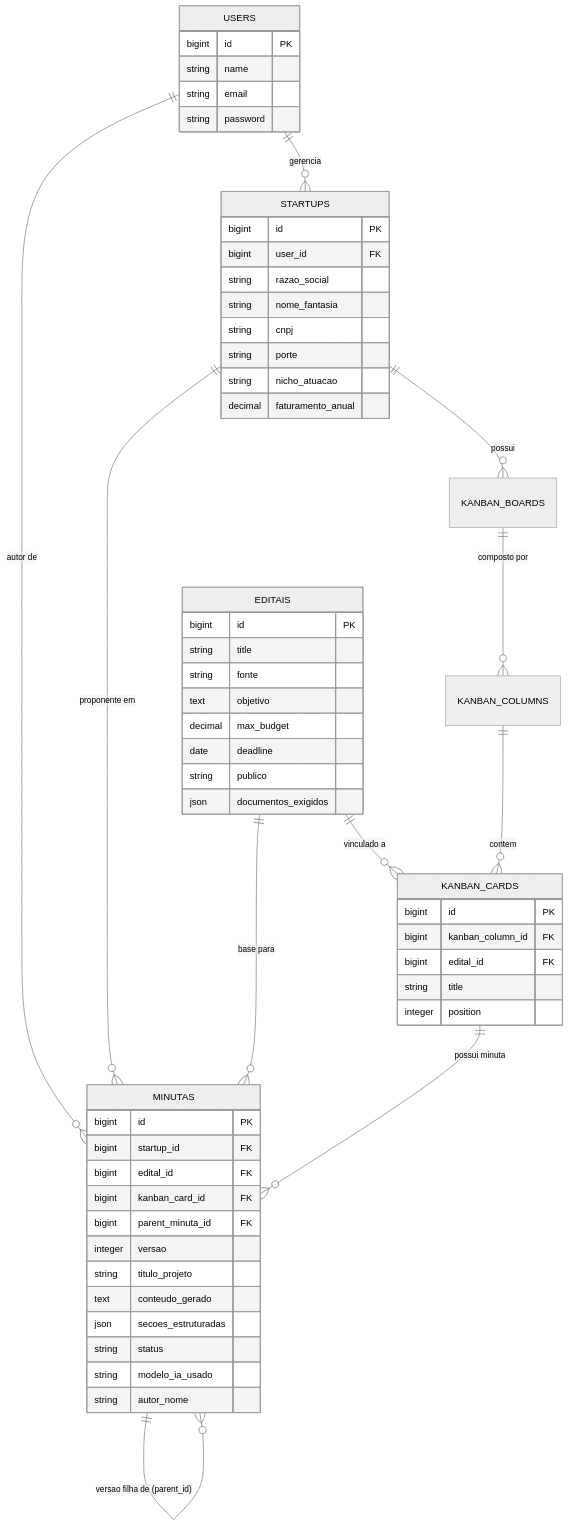
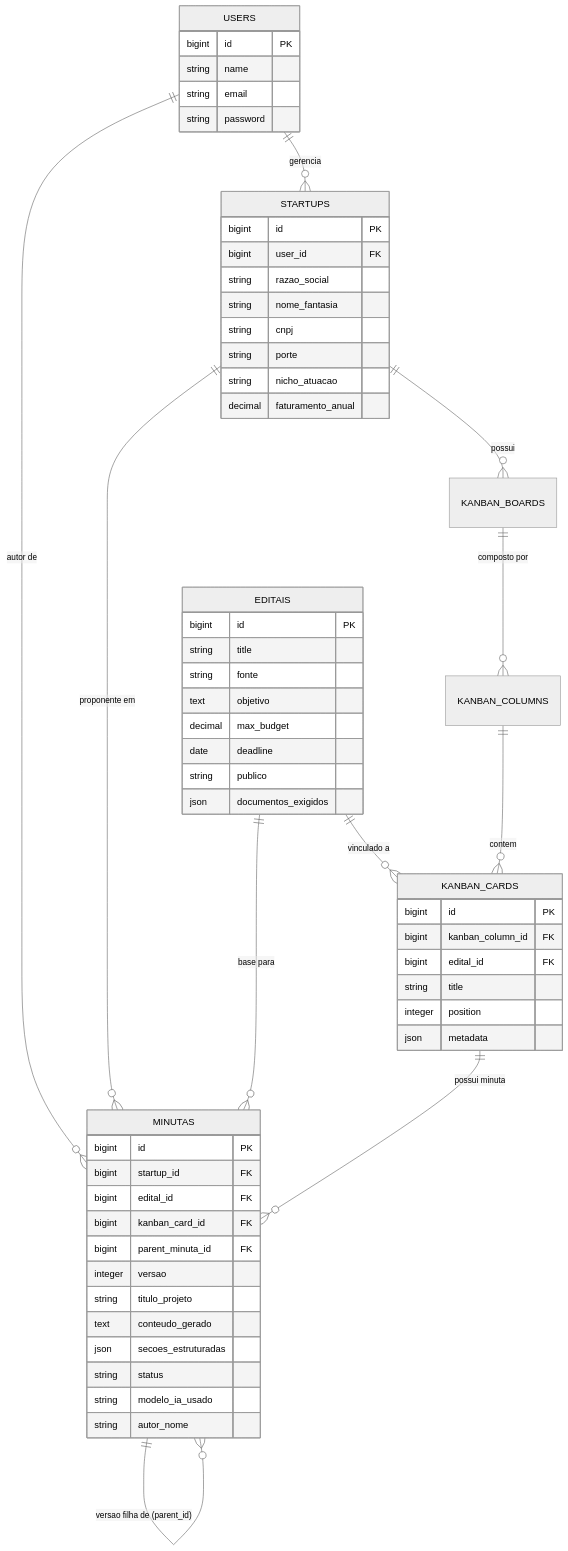
Before and after one commit to RobertoYz/PROJETO-ESCOLA-TI-: the first of 2 diagrams in Documentação/Documentos Importantes/MANUAL_DE_ESTUDO_BANCA.md, drawn with Mermaid (neutral theme). The commit also changed other lines of this file, not shown here.

````diff
--- a/Documentação/Documentos Importantes/MANUAL_DE_ESTUDO_BANCA.md
+++ b/Documentação/Documentos Importantes/MANUAL_DE_ESTUDO_BANCA.md
@@ -123,65 +124,66 @@
 ```mermaid
 erDiagram
     USERS ||--o{ STARTUPS : "gerencia"
     USERS ||--o{ MINUTAS : "autor de"
     STARTUPS ||--o{ KANBAN_BOARDS : "possui"
     STARTUPS ||--o{ MINUTAS : "proponente em"
     EDITAIS ||--o{ KANBAN_CARDS : "vinculado a"
     EDITAIS ||--o{ MINUTAS : "base para"
     KANBAN_BOARDS ||--o{ KANBAN_COLUMNS : "composto por"
     KANBAN_COLUMNS ||--o{ KANBAN_CARDS : "contem"
     KANBAN_CARDS ||--o{ MINUTAS : "possui minuta"
     MINUTAS ||--o{ MINUTAS : "versao filha de (parent_id)"
 
     USERS {
         bigint id PK
         string name
         string email
         string password
     }
 
     STARTUPS {
         bigint id PK
         bigint user_id FK
         string razao_social
         string nome_fantasia
         string cnpj
         string porte
         string nicho_atuacao
         decimal faturamento_anual
     }
 
     EDITAIS {
         bigint id PK
         string title
         string fonte
         text objetivo
         decimal max_budget
         date deadline
         string publico
         json documentos_exigidos
     }
 
     KANBAN_CARDS {
         bigint id PK
         bigint kanban_column_id FK
         bigint edital_id FK
         string title
         integer position
+        json metadata
     }
 
     MINUTAS {
         bigint id PK
         bigint startup_id FK
         bigint edital_id FK
         bigint kanban_card_id FK
         bigint parent_minuta_id FK
         integer versao
         string titulo_projeto
         text conteudo_gerado
         json secoes_estruturadas
         string status
         string modelo_ia_usado
         string autor_nome
     }
 ```
````
